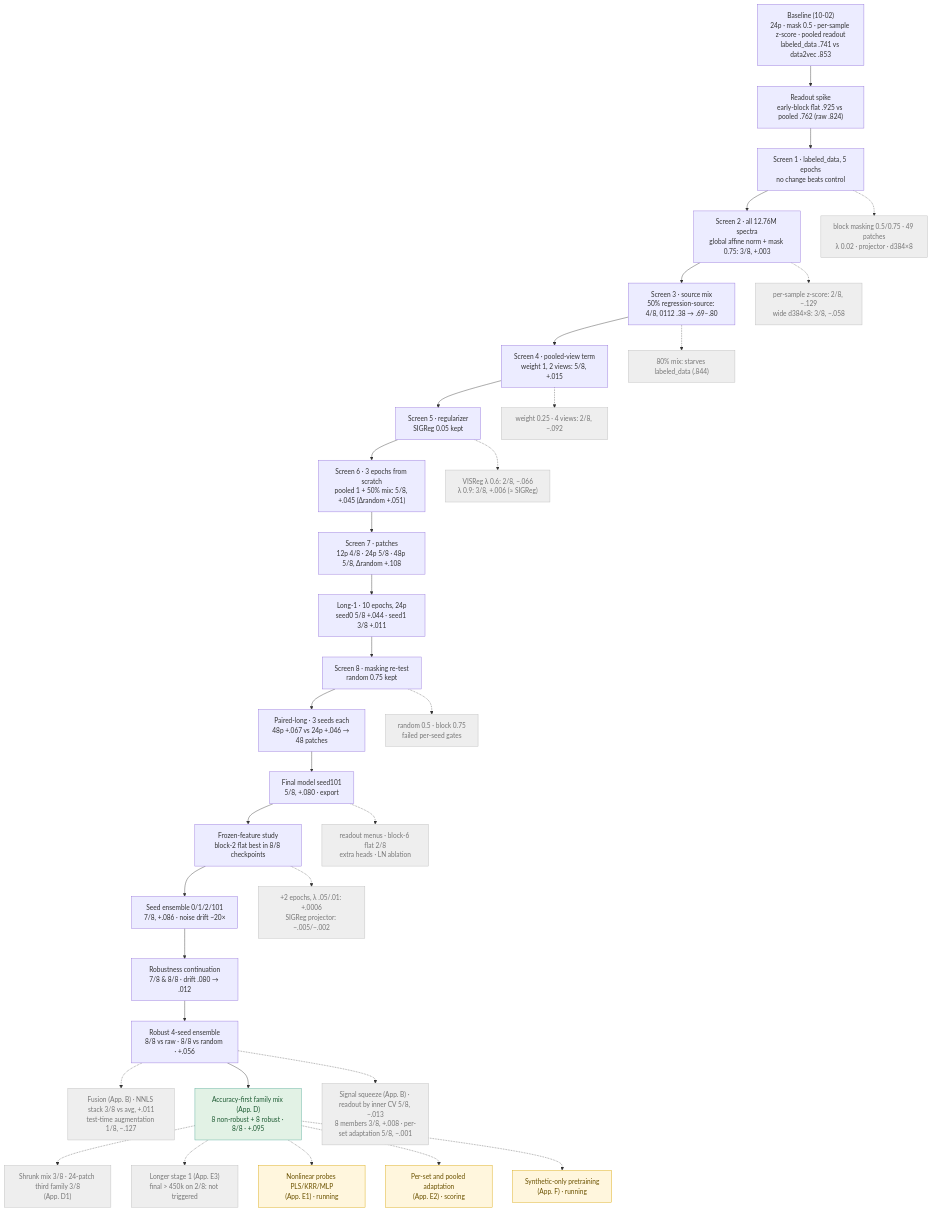
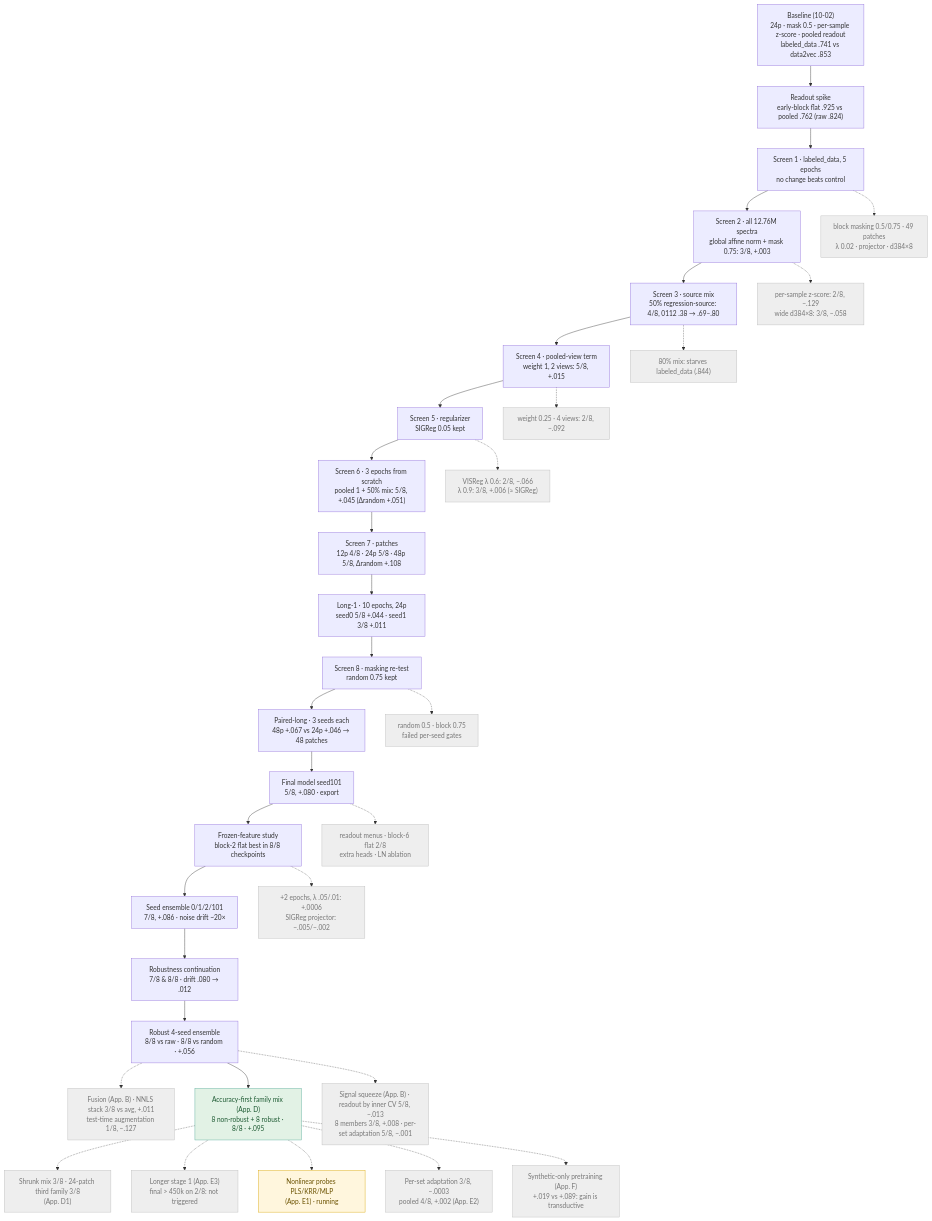
One commit to h-cohen/SpectralFM-jepa changed the fourth of 8 diagrams in docs/TRAINING_REPORT.md. Above: the diagram before and after it, drawn with Mermaid. The commit also changed other lines of this file and 2 other files, not shown here.

First line of the commit message:
report: Appendix F (synthetic-only pretraining: gain depends on real spectra) and E2 (set adaptation: no gain)

````diff
--- a/docs/TRAINING_REPORT.md
+++ b/docs/TRAINING_REPORT.md
@@ -145,42 +145,42 @@
 ```mermaid
 flowchart TB
     B0["Baseline (10-02)<br/>24p · mask 0.5 · per-sample z-score · pooled readout<br/>labeled_data .741 vs data2vec .853"] --> R0["Readout spike<br/>early-block flat .925 vs pooled .762 (raw .824)"]
     R0 --> S1["Screen 1 · labeled_data, 5 epochs<br/>no change beats control"]
     S1 --> S2["Screen 2 · all 12.76M spectra<br/>global affine norm + mask 0.75: 3/8, +.003"]
     S2 --> S3["Screen 3 · source mix<br/>50% regression-source: 4/8, 0112 .38 → .69–.80"]
     S3 --> S4["Screen 4 · pooled-view term<br/>weight 1, 2 views: 5/8, +.015"]
     S4 --> S5["Screen 5 · regularizer<br/>SIGReg 0.05 kept"]
     S5 --> S6["Screen 6 · 3 epochs from scratch<br/>pooled 1 + 50% mix: 5/8, +.045 (Δrandom +.051)"]
     S6 --> S7["Screen 7 · patches<br/>12p 4/8 · 24p 5/8 · 48p 5/8, Δrandom +.108"]
     S7 --> L1["Long-1 · 10 epochs, 24p<br/>seed0 5/8 +.044 · seed1 3/8 +.011"]
     L1 --> S8["Screen 8 · masking re-test<br/>random 0.75 kept"]
     S8 --> PL["Paired-long · 3 seeds each<br/>48p +.067 vs 24p +.046 → 48 patches"]
     PL --> FM["Final model seed101<br/>5/8, +.080 · export"]
     FM --> FF["Frozen-feature study<br/>block-2 flat best in 8/8 checkpoints"]
     FF --> SE["Seed ensemble 0/1/2/101<br/>7/8, +.086 · noise drift ~20×"]
     SE --> RC["Robustness continuation<br/>7/8 & 8/8 · drift .080 → .012"]
     RC --> RE["Robust 4-seed ensemble<br/>8/8 vs raw · 8/8 vs random · +.056"]
 
     S1 -.-> X1["block masking 0.5/0.75 · 49 patches<br/>λ 0.02 · projector · d384×8"]
     S2 -.-> X2["per-sample z-score: 2/8, −.129<br/>wide d384×8: 3/8, −.058"]
     S3 -.-> X3["80% mix: starves labeled_data (.844)"]
     S4 -.-> X4["weight 0.25 · 4 views: 2/8, −.092"]
     S5 -.-> X5["VISReg λ 0.6: 2/8, −.066<br/>λ 0.9: 3/8, +.006 (≈ SIGReg)"]
     S8 -.-> X8["random 0.5 · block 0.75<br/>failed per-seed gates"]
     FM -.-> X9["readout menus · block-6 flat 2/8<br/>extra heads · LN ablation"]
     FF -.-> X10["+2 epochs, λ .05/.01: +.0006<br/>SIGReg projector: −.005/−.002"]
     RE -.-> X11["Fusion (App. B) · NNLS stack 3/8 vs avg, +.011<br/>test-time augmentation 1/8, −.127"]
     RE --> AF["Accuracy-first family mix (App. D)<br/>8 non-robust + 8 robust · 8/8 · +.095"]
     AF -.-> X13["Shrunk mix 3/8 · 24-patch third family 3/8<br/>(App. D1)"]
     AF -.-> X14["Longer stage 1 (App. E3)<br/>final > 450k on 2/8: not triggered"]
     AF -.-> P1["Nonlinear probes PLS/KRR/MLP<br/>(App. E1) · running"]
-    AF -.-> P2["Per-set and pooled adaptation<br/>(App. E2) · scoring"]
-    AF -.-> P3["Synthetic-only pretraining<br/>(App. F) · running"]
+    AF -.-> X15["Per-set adaptation 3/8, −.0003<br/>pooled 4/8, +.002 (App. E2)"]
+    AF -.-> X16["Synthetic-only pretraining (App. F)<br/>+.019 vs +.089: gain is transductive"]
     RE -.-> X12["Signal squeeze (App. B) · readout by inner CV 5/8, −.013<br/>8 members 3/8, +.008 · per-set adaptation 5/8, −.001"]
     classDef drop fill:#eee,stroke:#bbb,color:#777
     classDef keep fill:#e2f2e5,stroke:#5a9,color:#1d5a32
     classDef pend fill:#fff6dd,stroke:#d9a400,color:#6b5200
-    class X1,X2,X3,X4,X5,X8,X9,X10,X11,X12,X13,X14 drop
+    class X1,X2,X3,X4,X5,X8,X9,X10,X11,X12,X13,X14,X15,X16 drop
     class AF keep
-    class P1,P2,P3 pend
+    class P1 pend
 ```
````
